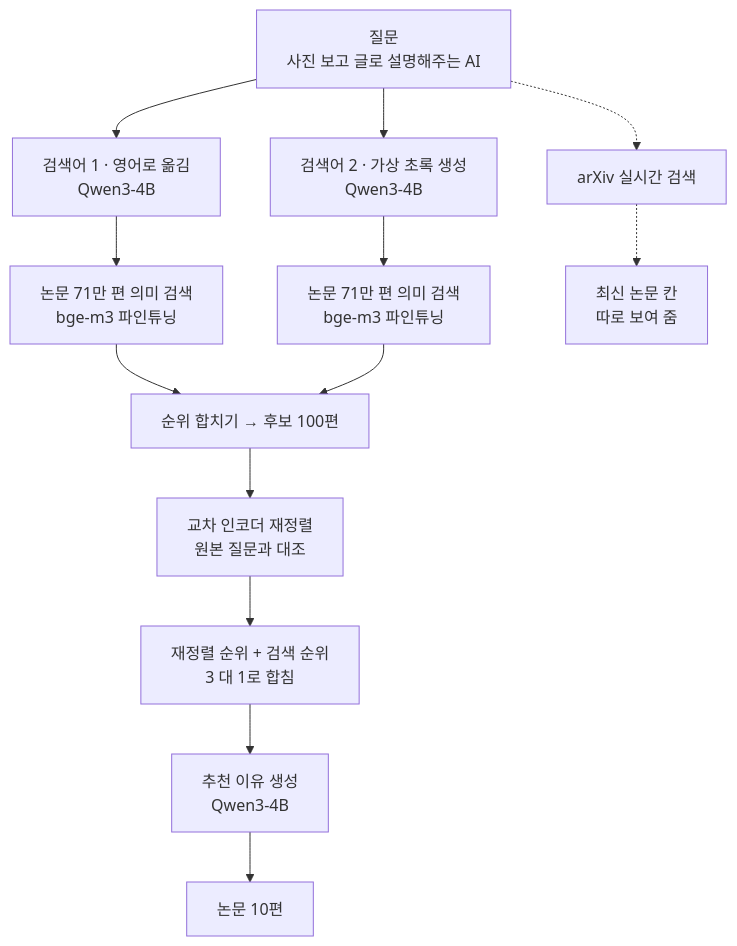
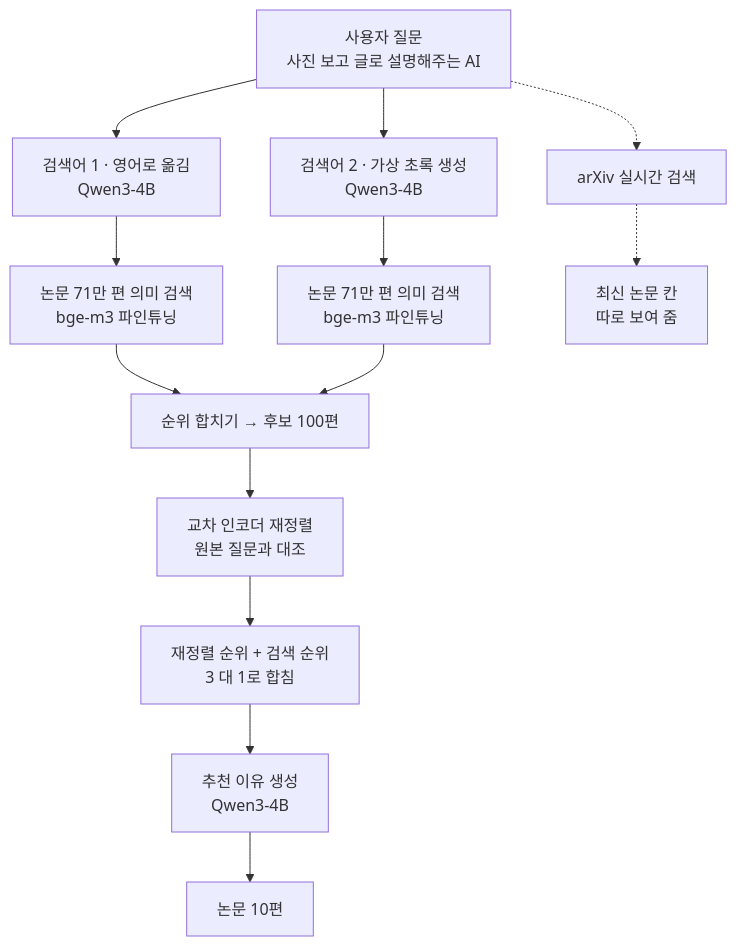
Before and after one commit to jmoongyu24/Papers-Please: the diagram in README.md, drawn with Mermaid. The commit also changed other lines of this file and 1 other file, not shown here.

````diff
--- a/README.md
+++ b/README.md
@@ -20,20 +20,20 @@
 ```mermaid
 flowchart TD
-    Q["질문<br/>사진 보고 글로 설명해주는 AI"]
+    Q["사용자 질문<br/>사진 보고 글로 설명해주는 AI"]
     T["검색어 1 · 영어로 옮김<br/>Qwen3-4B"]
     H["검색어 2 · 가상 초록 생성<br/>Qwen3-4B"]
     I1["논문 71만 편 의미 검색<br/>bge-m3 파인튜닝"]
     I2["논문 71만 편 의미 검색<br/>bge-m3 파인튜닝"]
     F["순위 합치기 → 후보 100편"]
     R["교차 인코더 재정렬<br/>원본 질문과 대조"]
     F2["재정렬 순위 + 검색 순위<br/>3 대 1로 합침"]
     A["추천 이유 생성<br/>Qwen3-4B"]
     O["논문 10편"]
     X["arXiv 실시간 검색"]
     N["최신 논문 칸<br/>따로 보여 줌"]
 
     Q --> T --> I1 --> F
     Q --> H --> I2 --> F
     F --> R --> F2 --> A --> O
     Q -.-> X -.-> N
 ```
````
